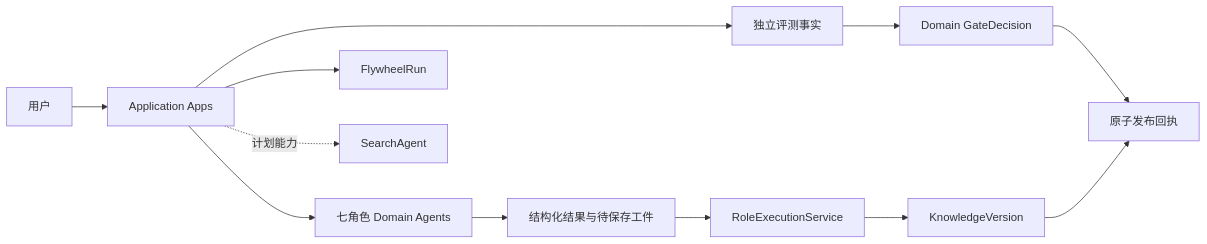
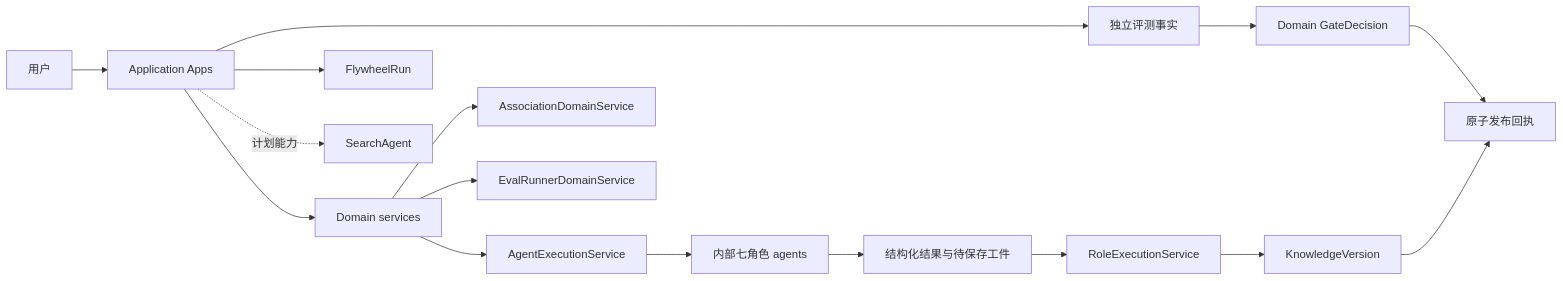
The first of 5 diagrams in docs/diagrams/Views4Plus1.md (linlisWorkTeam/domain-knowledge), drawn with Mermaid before and after one commit. The commit also changed other lines of this file and 66 other files, not shown here.

Commit message:
refactor(domain): expose services and specify parallel subagent development

````diff
--- a/docs/diagrams/Views4Plus1.md
+++ b/docs/diagrams/Views4Plus1.md
@@ -12,14 +12,18 @@
 ```mermaid
 flowchart LR
   User[用户] --> Apps[Application Apps]
-  Apps --> Roles[七角色 Domain Agents]
+  Apps --> Services[Domain services]
+  Services --> Execute[AgentExecutionService]
+  Execute --> Roles[内部七角色 agents]
+  Services --> Association[AssociationDomainService]
+  Services --> Evaluation[EvalRunnerDomainService]
   Apps --> Run[FlywheelRun]
   Roles --> Pending[结构化结果与待保存工件]
   Pending --> Commit[RoleExecutionService]
   Commit --> Version[KnowledgeVersion]
   Apps --> Eval[独立评测事实]
   Eval --> Gate[Domain GateDecision]
   Gate --> Publish[原子发布回执]
   Version --> Publish
   Apps -. 计划能力 .-> Search[SearchAgent]
 ```
````
